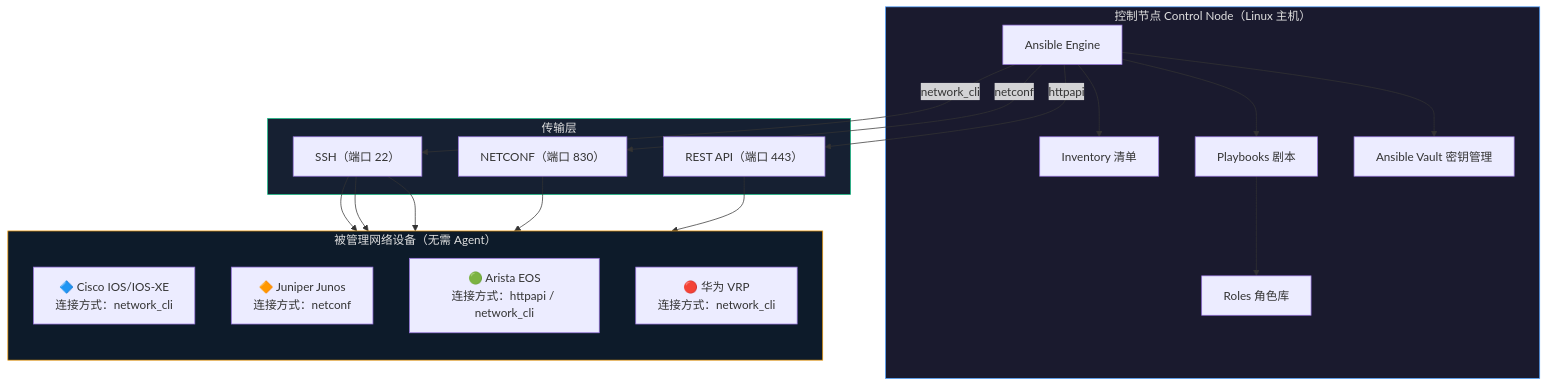
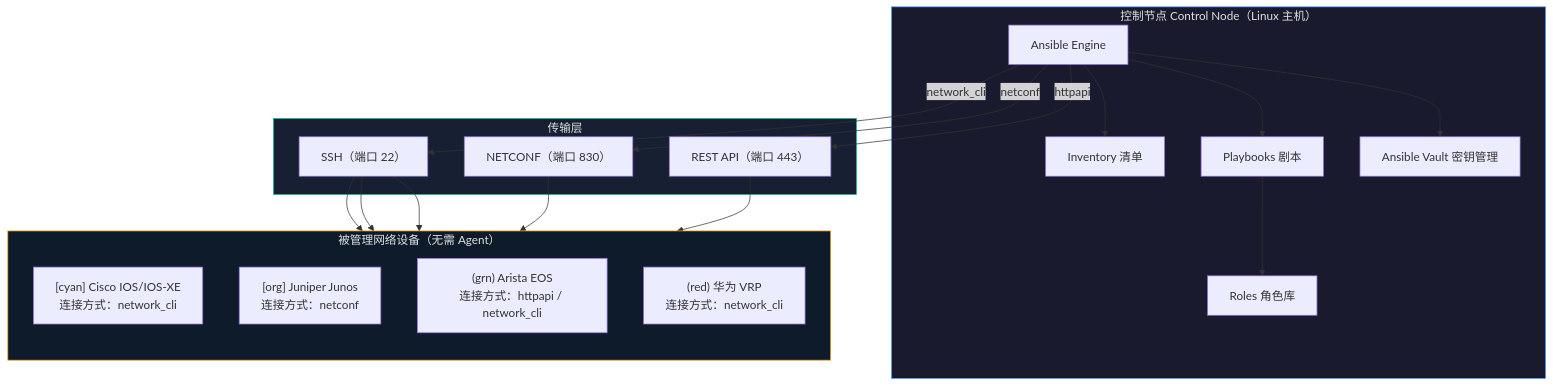
Before and after one commit to SKT-Shurima/NetworkMastery: the first of 4 diagrams in docs/guide/automation/ansible-network.md, drawn with Mermaid. The commit also changed other lines of this file and 54 other files, not shown here.

````diff
--- a/docs/guide/automation/ansible-network.md
+++ b/docs/guide/automation/ansible-network.md
@@ -36,43 +36,43 @@
 ```mermaid
 graph TB
     subgraph 控制节点["控制节点 Control Node（Linux 主机）"]
         ANSIBLE[Ansible Engine]
         INV[Inventory 清单]
         PB[Playbooks 剧本]
         ROLES[Roles 角色库]
         VAULT[Ansible Vault 密钥管理]
     end
 
     subgraph 被管理设备["被管理网络设备（无需 Agent）"]
         direction TB
-        CISCO["🔷 Cisco IOS/IOS-XE<br/>连接方式：network_cli"]
-        JUNOS["🔶 Juniper Junos<br/>连接方式：netconf"]
-        ARISTA["🟢 Arista EOS<br/>连接方式：httpapi / network_cli"]
-        HUAWEI["🔴 华为 VRP<br/>连接方式：network_cli"]
+        CISCO["[cyan] Cisco IOS/IOS-XE<br/>连接方式：network_cli"]
+        JUNOS["[org] Juniper Junos<br/>连接方式：netconf"]
+        ARISTA["(grn) Arista EOS<br/>连接方式：httpapi / network_cli"]
+        HUAWEI["(red) 华为 VRP<br/>连接方式：network_cli"]
     end
 
     subgraph 连接方式["传输层"]
         SSH["SSH（端口 22）"]
         NETCONF["NETCONF（端口 830）"]
         RESTAPI["REST API（端口 443）"]
     end
 
     ANSIBLE --> INV
     ANSIBLE --> PB
     PB --> ROLES
     ANSIBLE --> VAULT
 
     ANSIBLE -->|network_cli| SSH
     ANSIBLE -->|netconf| NETCONF
     ANSIBLE -->|httpapi| RESTAPI
 
     SSH --> CISCO
     SSH --> HUAWEI
     SSH --> ARISTA
     NETCONF --> JUNOS
     RESTAPI --> ARISTA
 
     style 控制节点 fill:#1a1a2e,stroke:#4a9eff,color:#e0e0e0
     style 被管理设备 fill:#0d1b2a,stroke:#f59e0b,color:#e0e0e0
     style 连接方式 fill:#162032,stroke:#10b981,color:#e0e0e0
 ```
````
